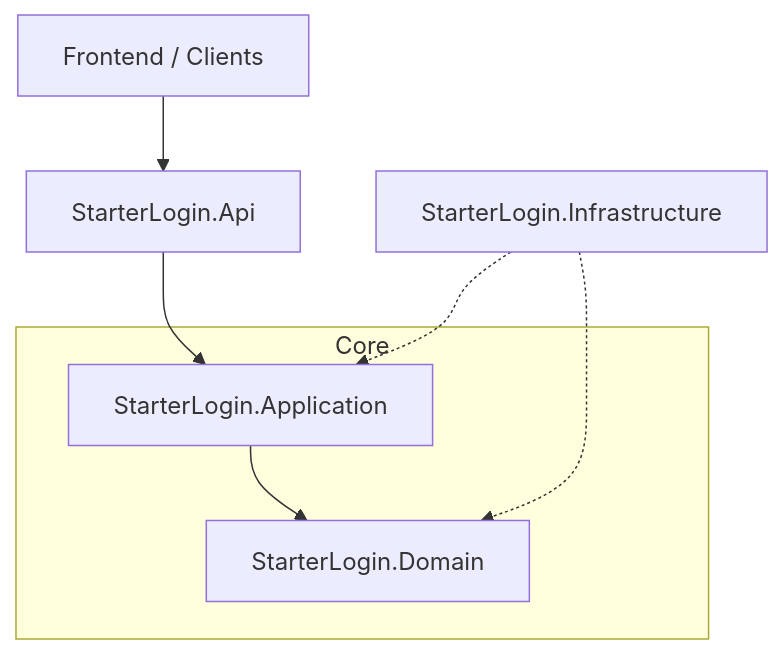
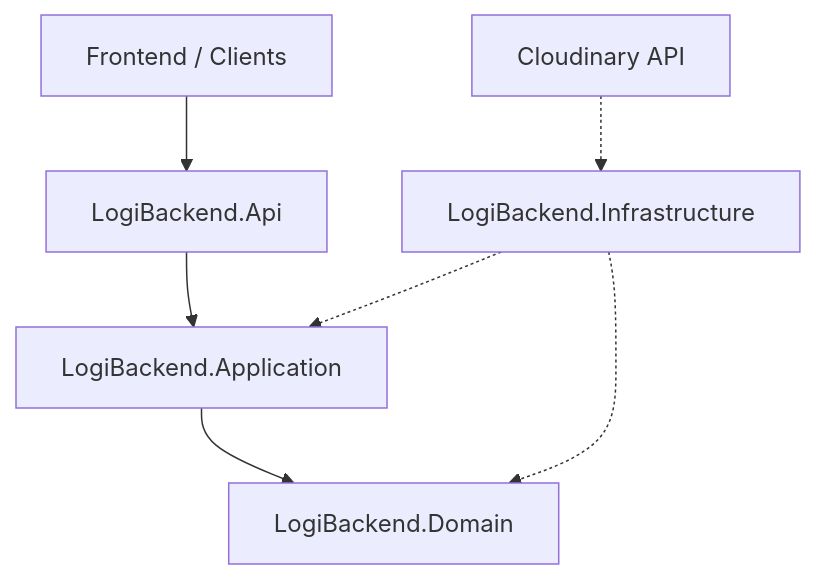
The fourth of 4 diagrams in README.md (Mylisuthy/StarterLogin), drawn with Mermaid before and after one commit. The commit also changed other lines of this file and 44 other files, not shown here.

````diff
--- a/README.md
+++ b/README.md
@@ -46,12 +78,9 @@
 ```mermaid
 graph TD
-    UI[Frontend / Clients] --> API[StarterLogin.Api]
-    API --> APP[StarterLogin.Application]
-    APP --> DOM[StarterLogin.Domain]
-    INF[StarterLogin.Infrastructure] -.-> APP
+    UI[Frontend / Clients] --> API[LogiBackend.Api]
+    API --> APP[LogiBackend.Application]
+    APP --> DOM[LogiBackend.Domain]
+    INF[LogiBackend.Infrastructure] -.-> APP
     INF -.-> DOM
-    subgraph "Core"
-        APP
-        DOM
-    end
+    CLOUD[Cloudinary API] -.-> INF
 ```
````
